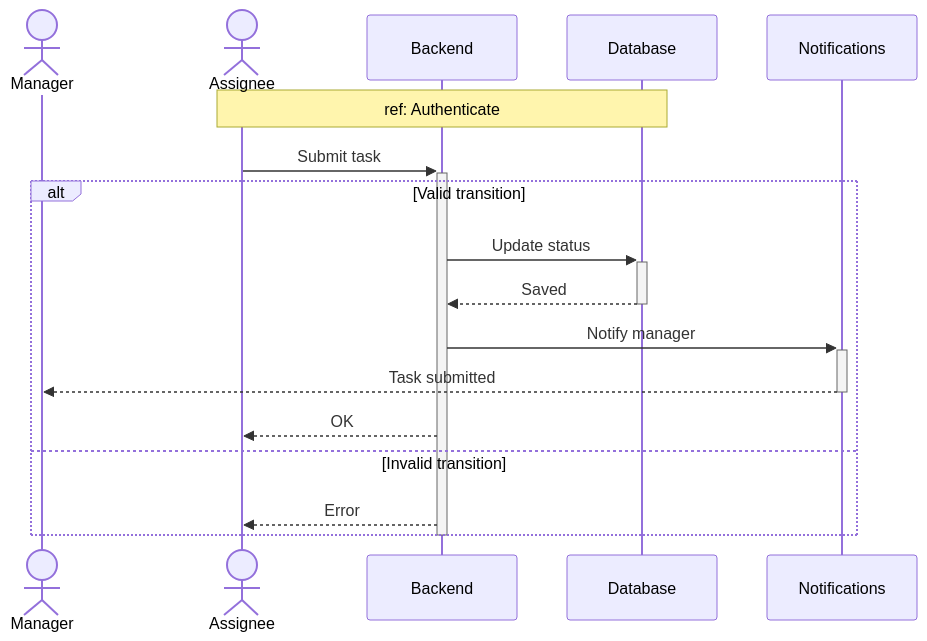
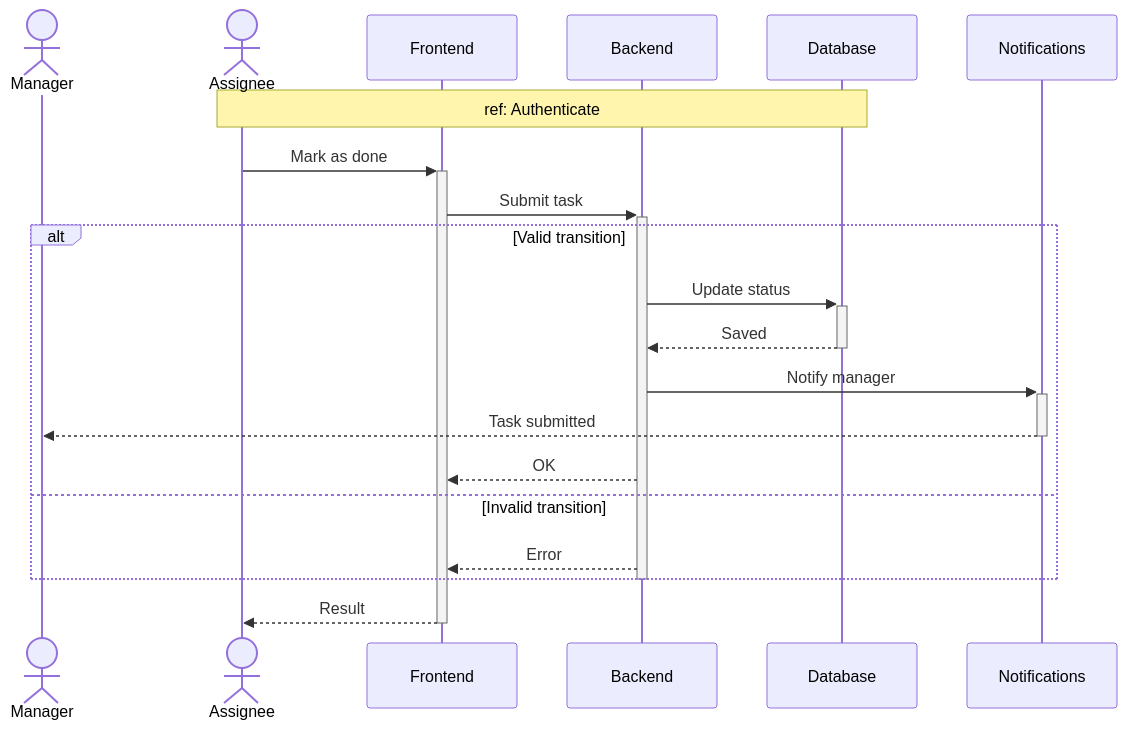
Diagram 12 of 16 in docs/SEQUENCE_DIAGRAMS.md (MohamedChebbi123/teamnest), drawn with Mermaid before and after one commit. The commit also changed other lines of this file, not shown here.

````diff
--- a/docs/SEQUENCE_DIAGRAMS.md
+++ b/docs/SEQUENCE_DIAGRAMS.md
@@ -421,22 +469,25 @@
 ```mermaid
 sequenceDiagram
     actor Manager
     actor Assignee
+    participant FE as Frontend
     participant API as Backend
     participant DB as Database
     participant Notif as Notifications
 
     Note over Assignee,DB: ref: Authenticate
 
-    Assignee->>+API: Submit task
+    Assignee->>+FE: Mark as done
+    FE->>+API: Submit task
     alt Valid transition
         API->>+DB: Update status
         DB-->>-API: Saved
         API->>+Notif: Notify manager
         Notif-->>-Manager: Task submitted
-        API-->>Assignee: OK
+        API-->>FE: OK
     else Invalid transition
-        API-->>Assignee: Error
+        API-->>FE: Error
     end
     deactivate API
+    FE-->>-Assignee: Result
 ```
````
